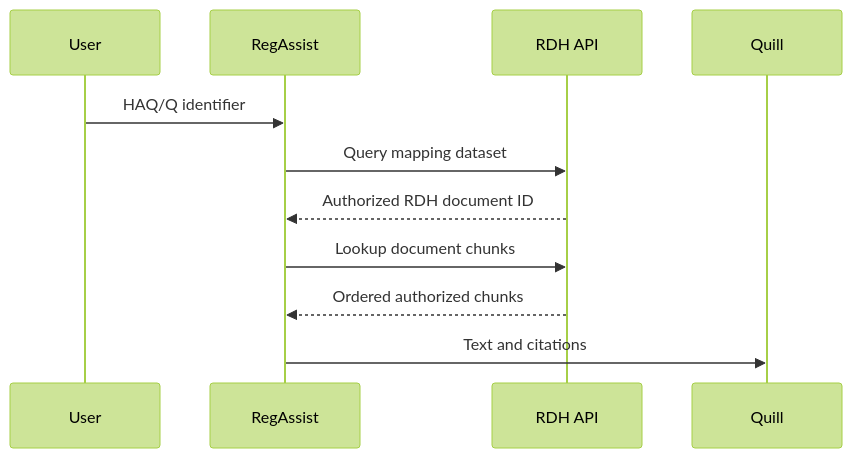
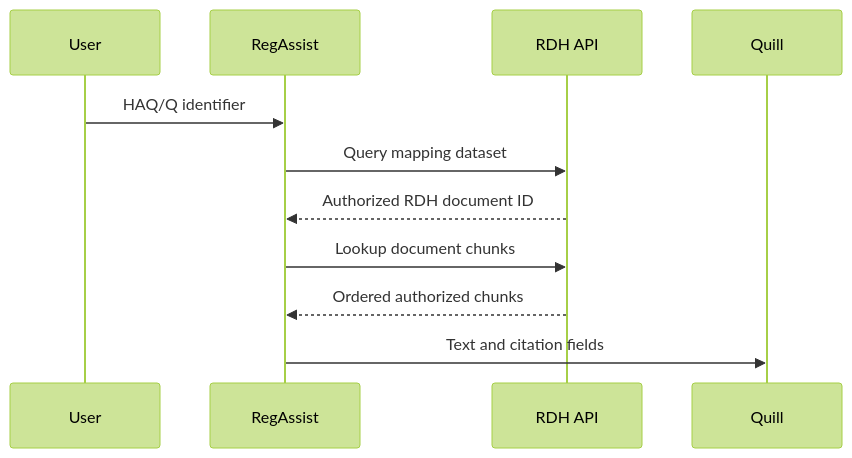
The diagram in enterprise_delivery/platform_v1/docs/consumers/REGASSIST_INTEGRATION.md (dhanumjayasaggurthi/mcp), drawn with Mermaid (forest theme) before and after one commit. The commit also changed other lines of this file and 2 other files, not shown here.

Commit message:
Make vector input discovery profile-aware

````diff
--- a/enterprise_delivery/platform_v1/docs/consumers/REGASSIST_INTEGRATION.md
+++ b/enterprise_delivery/platform_v1/docs/consumers/REGASSIST_INTEGRATION.md
@@ -86,13 +86,13 @@
 ```mermaid
 sequenceDiagram
     participant U as User
     participant R as RegAssist
     participant D as RDH API
     participant Q as Quill
     U->>R: HAQ/Q identifier
     R->>D: Query mapping dataset
     D-->>R: Authorized RDH document ID
     R->>D: Lookup document chunks
     D-->>R: Ordered authorized chunks
-    R->>Q: Text and citations
+    R->>Q: Text and citation fields
 ```
````
